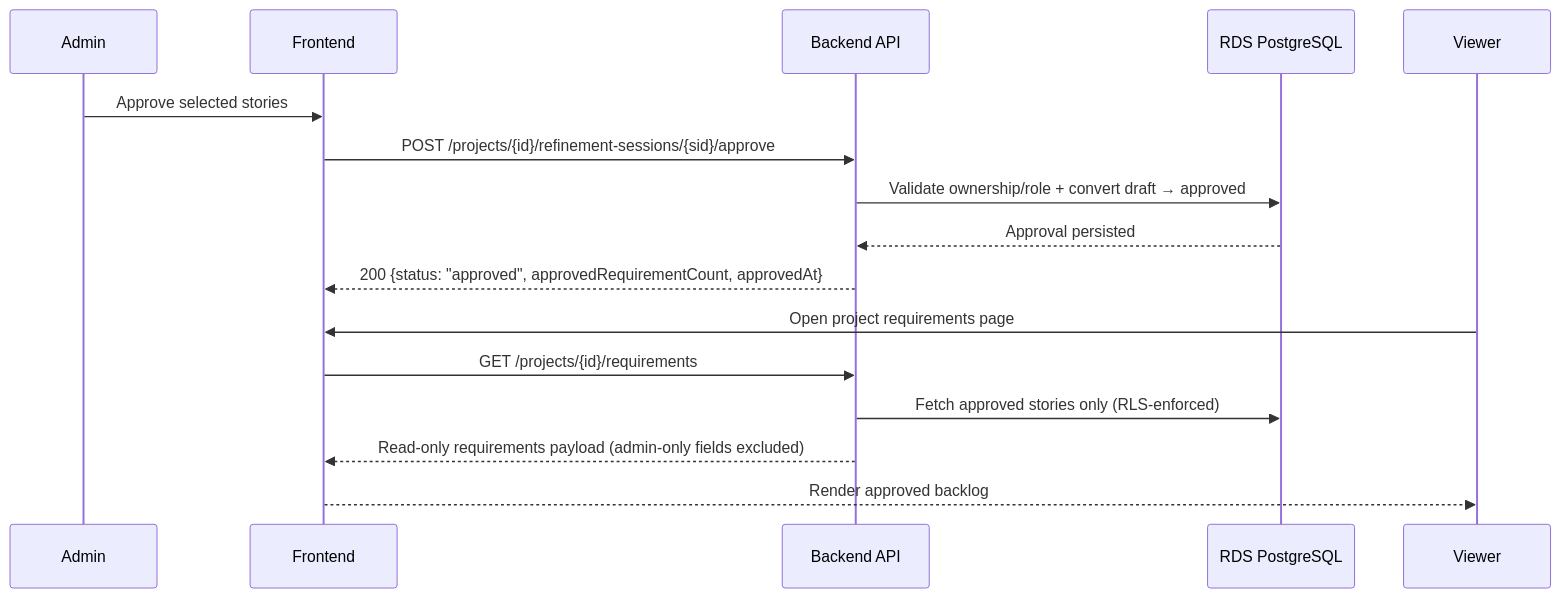
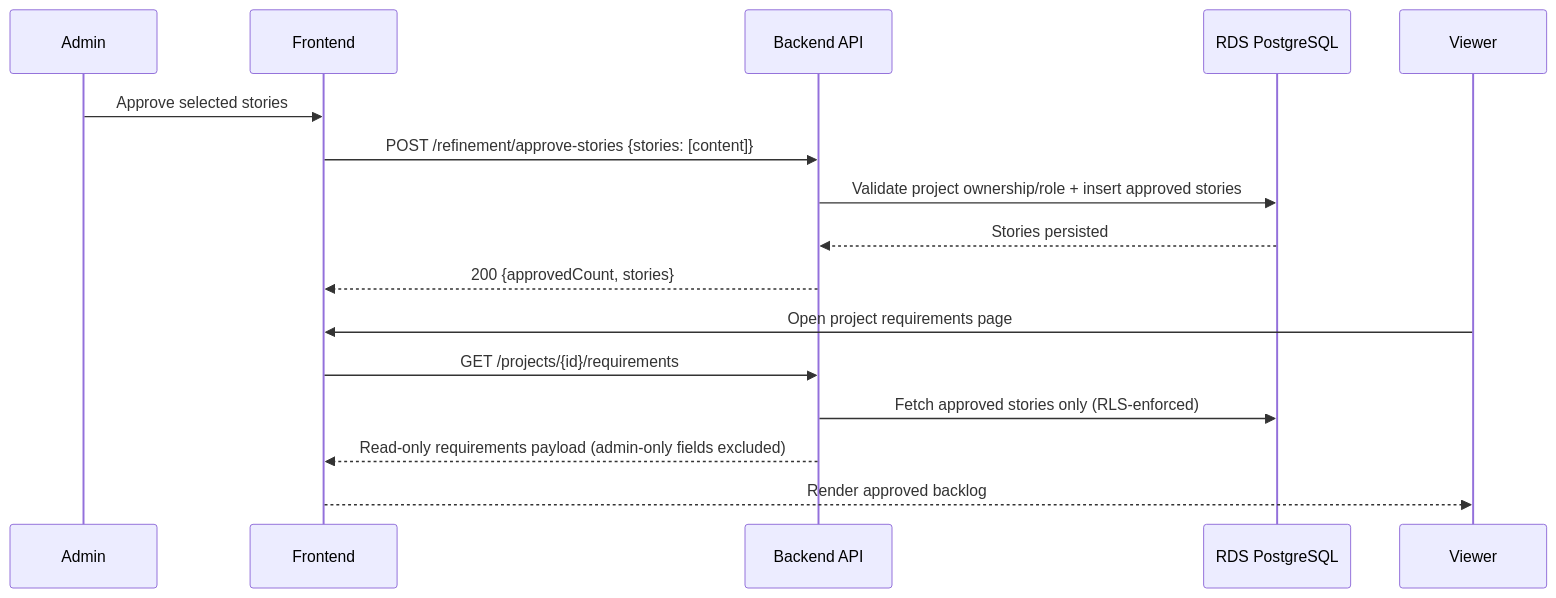
Before and after one commit to alonsovndev/open-projects-hub-docs: the third of 13 diagrams in docs/03-architecture/diagrams/sequence-diagrams.md, drawn with Mermaid. The commit also changed other lines of this file and 8 other files, not shown here.

````diff
--- a/docs/03-architecture/diagrams/sequence-diagrams.md
+++ b/docs/03-architecture/diagrams/sequence-diagrams.md
@@ -83,19 +82,19 @@
 ```mermaid
 sequenceDiagram
     participant Admin
     participant FE as Frontend
     participant BE as Backend API
     participant DB as RDS PostgreSQL
     participant Viewer
 
     Admin->>FE: Approve selected stories
-    FE->>BE: POST /projects/{id}/refinement-sessions/{sid}/approve
-    BE->>DB: Validate ownership/role + convert draft → approved
-    DB-->>BE: Approval persisted
-    BE-->>FE: 200 {status: "approved", approvedRequirementCount, approvedAt}
+    FE->>BE: POST /refinement/approve-stories {stories: [content]}
+    BE->>DB: Validate project ownership/role + insert approved stories
+    DB-->>BE: Stories persisted
+    BE-->>FE: 200 {approvedCount, stories}
     Viewer->>FE: Open project requirements page
     FE->>BE: GET /projects/{id}/requirements
     BE->>DB: Fetch approved stories only (RLS-enforced)
     BE-->>FE: Read-only requirements payload (admin-only fields excluded)
     FE-->>Viewer: Render approved backlog
 ```
````
